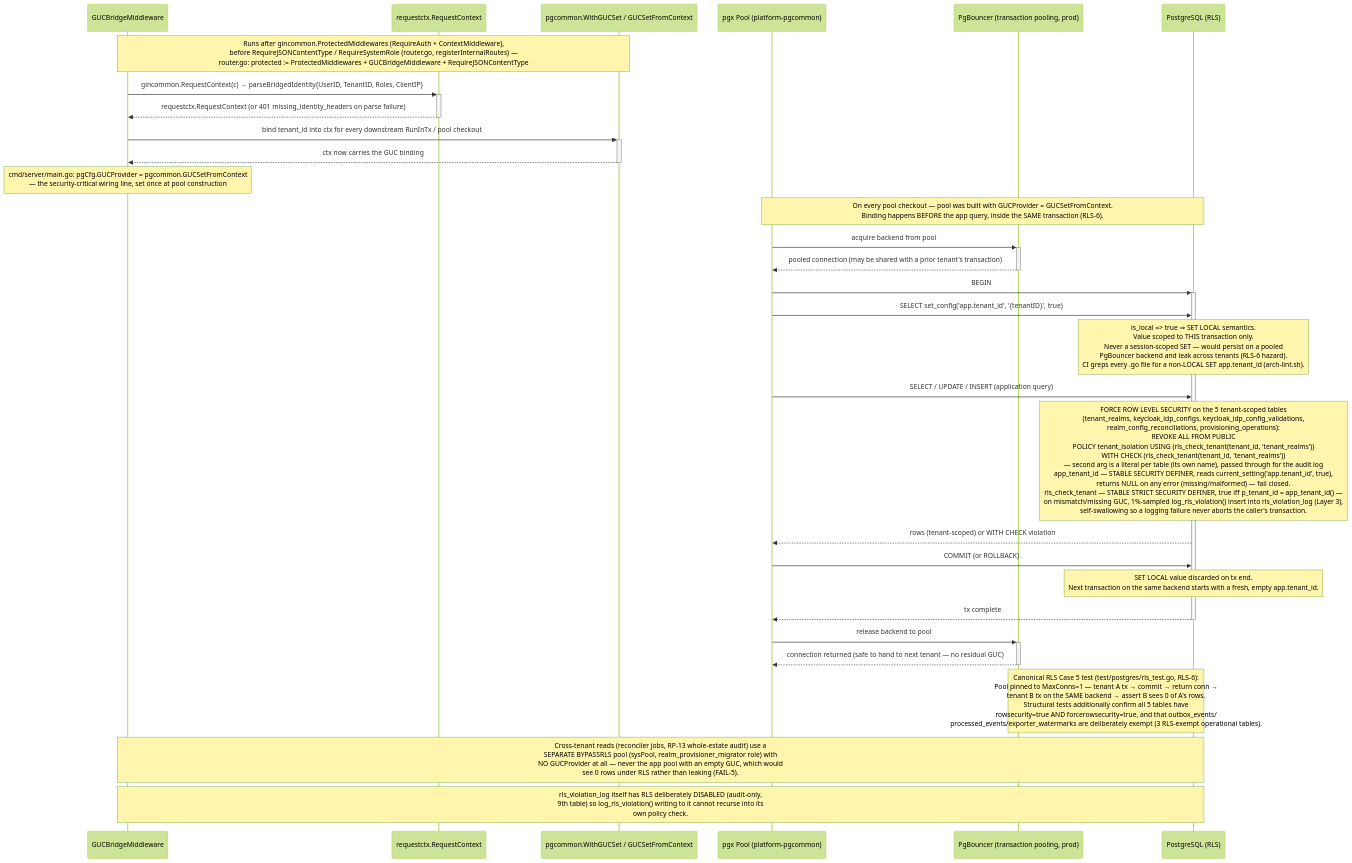
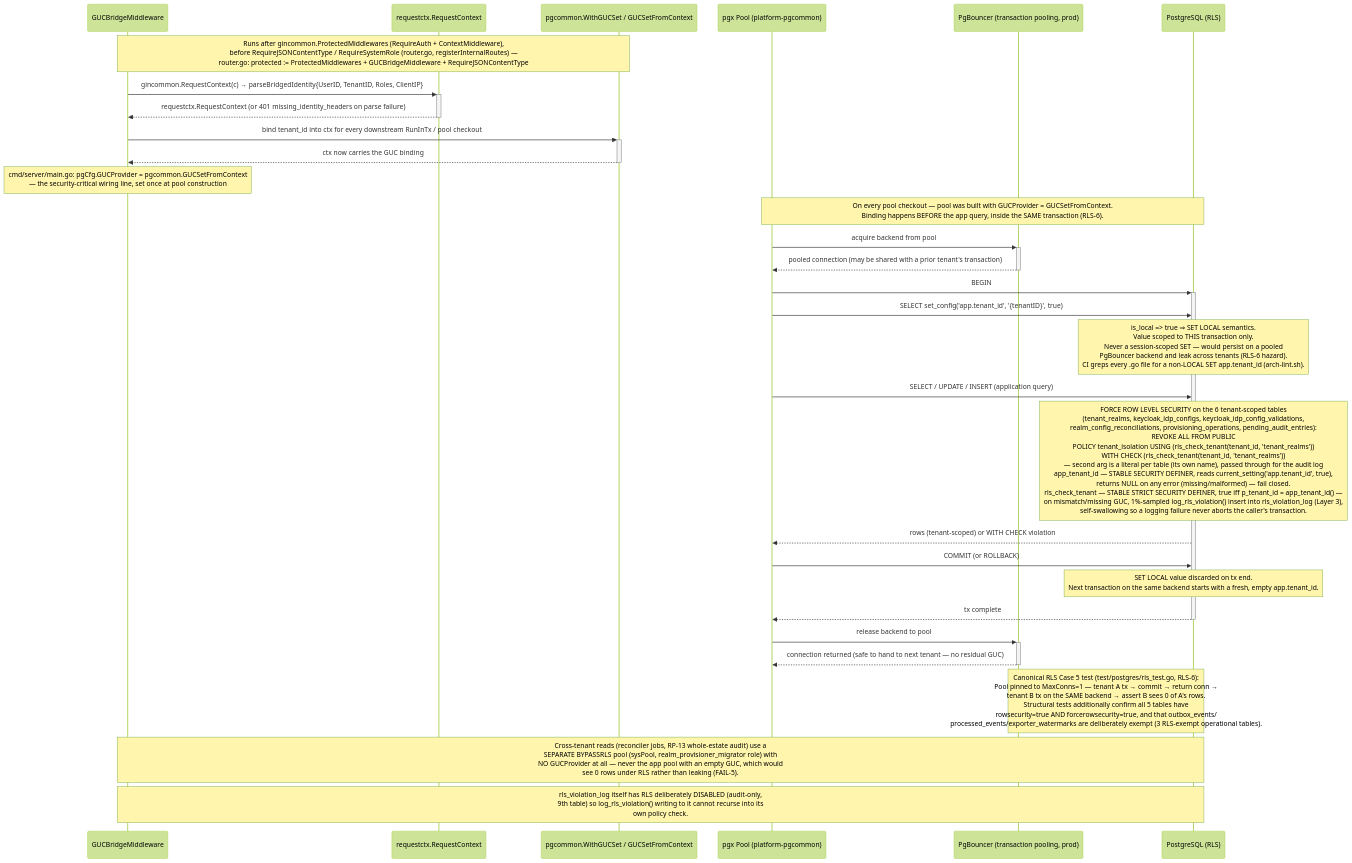
One commit to BCBP-SOLUTIONS-FZC-LLC/iam-realm-provisioner changed the ninth of 10 diagrams in ARCHITECTURE.md. Above: the diagram before and after it, drawn with Mermaid (forest theme). The commit also changed other lines of this file and 39 other files, not shown here.

First line of the commit message:
feat(audit): deliver TenantIdpConfigChanged to Audit Log via AL-5 direct-write

````diff
--- a/ARCHITECTURE.md
+++ b/ARCHITECTURE.md
@@ -718,45 +718,45 @@
 ```mermaid
 sequenceDiagram
     participant MW as GUCBridgeMiddleware
     participant RC as requestctx.RequestContext
     participant GUC as pgcommon.WithGUCSet / GUCSetFromContext
     participant Pool as pgx Pool (platform-pgcommon)
     participant PGB as PgBouncer (transaction pooling, prod)
     participant DB as PostgreSQL (RLS)
 
     Note over MW,GUC: Runs after gincommon.ProtectedMiddlewares (RequireAuth + ContextMiddleware),<br/>before RequireJSONContentType / RequireSystemRole (router.go, registerInternalRoutes) —<br/>router.go: protected := ProtectedMiddlewares + GUCBridgeMiddleware + RequireJSONContentType
 
     MW ->>+ RC: gincommon.RequestContext(c) → parseBridgedIdentity{UserID, TenantID, Roles, ClientIP}
     RC -->>- MW: requestctx.RequestContext (or 401 missing_identity_headers on parse failure)
 
     MW ->>+ GUC: bind tenant_id into ctx for every downstream RunInTx / pool checkout
     GUC -->>- MW: ctx now carries the GUC binding
     Note over MW: cmd/server/main.go: pgCfg.GUCProvider = pgcommon.GUCSetFromContext<br/>— the security-critical wiring line, set once at pool construction
 
     Note over Pool,DB: On every pool checkout — pool was built with GUCProvider = GUCSetFromContext.<br/>Binding happens BEFORE the app query, inside the SAME transaction (RLS-6).
 
     Pool ->>+ PGB: acquire backend from pool
     PGB -->>- Pool: pooled connection (may be shared with a prior tenant's transaction)
 
     Pool ->>+ DB: BEGIN
     Pool ->> DB: SELECT set_config('app.tenant_id', '{tenantID}', true)
     Note over DB: is_local => true ⇒ SET LOCAL semantics.<br/>Value scoped to THIS transaction only.<br/>Never a session-scoped SET — would persist on a pooled<br/>PgBouncer backend and leak across tenants (RLS-6 hazard).<br/>CI greps every .go file for a non-LOCAL SET app.tenant_id (arch-lint.sh).
 
     Pool ->> DB: SELECT / UPDATE / INSERT (application query)
-    Note over DB: FORCE ROW LEVEL SECURITY on the 5 tenant-scoped tables<br/>(tenant_realms, keycloak_idp_configs, keycloak_idp_config_validations,<br/>realm_config_reconciliations, provisioning_operations):<br/>  REVOKE ALL FROM PUBLIC<br/>  POLICY tenant_isolation USING (rls_check_tenant(tenant_id, 'tenant_realms'))<br/>                          WITH CHECK (rls_check_tenant(tenant_id, 'tenant_realms'))<br/>  — second arg is a literal per table (its own name), passed through for the audit log<br/>app_tenant_id — STABLE SECURITY DEFINER, reads current_setting('app.tenant_id', true),<br/>returns NULL on any error (missing/malformed) — fail closed.<br/>rls_check_tenant — STABLE STRICT SECURITY DEFINER, true iff p_tenant_id = app_tenant_id() —<br/>on mismatch/missing GUC, 1%-sampled log_rls_violation() insert into rls_violation_log (Layer 3),<br/>self-swallowing so a logging failure never aborts the caller's transaction.
+    Note over DB: FORCE ROW LEVEL SECURITY on the 6 tenant-scoped tables<br/>(tenant_realms, keycloak_idp_configs, keycloak_idp_config_validations,<br/>realm_config_reconciliations, provisioning_operations, pending_audit_entries):<br/>  REVOKE ALL FROM PUBLIC<br/>  POLICY tenant_isolation USING (rls_check_tenant(tenant_id, 'tenant_realms'))<br/>                          WITH CHECK (rls_check_tenant(tenant_id, 'tenant_realms'))<br/>  — second arg is a literal per table (its own name), passed through for the audit log<br/>app_tenant_id — STABLE SECURITY DEFINER, reads current_setting('app.tenant_id', true),<br/>returns NULL on any error (missing/malformed) — fail closed.<br/>rls_check_tenant — STABLE STRICT SECURITY DEFINER, true iff p_tenant_id = app_tenant_id() —<br/>on mismatch/missing GUC, 1%-sampled log_rls_violation() insert into rls_violation_log (Layer 3),<br/>self-swallowing so a logging failure never aborts the caller's transaction.
 
     DB -->> Pool: rows (tenant-scoped) or WITH CHECK violation
 
     Pool ->> DB: COMMIT (or ROLLBACK)
     Note over DB: SET LOCAL value discarded on tx end.<br/>Next transaction on the same backend starts with a fresh, empty app.tenant_id.
     DB -->>- Pool: tx complete
 
     Pool ->>+ PGB: release backend to pool
     PGB -->>- Pool: connection returned (safe to hand to next tenant — no residual GUC)
 
     Note over DB,PGB: Canonical RLS Case 5 test (test/postgres/rls_test.go, RLS-6):<br/>Pool pinned to MaxConns=1 — tenant A tx → commit → return conn →<br/>tenant B tx on the SAME backend → assert B sees 0 of A's rows.<br/>Structural tests additionally confirm all 5 tables have<br/>rowsecurity=true AND forcerowsecurity=true, and that outbox_events/<br/>processed_events/exporter_watermarks are deliberately exempt (3 RLS-exempt operational tables).
 
     Note over MW,DB: Cross-tenant reads (reconciler jobs, RP-13 whole-estate audit) use a<br/>SEPARATE BYPASSRLS pool (sysPool, realm_provisioner_migrator role) with<br/>NO GUCProvider at all — never the app pool with an empty GUC, which would<br/>see 0 rows under RLS rather than leaking (FAIL-5).
 
     Note over MW,DB: rls_violation_log itself has RLS deliberately DISABLED (audit-only,<br/>9th table) so log_rls_violation() writing to it cannot recurse into its<br/>own policy check.
 ```
````
